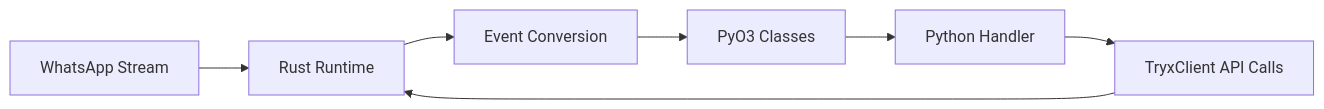
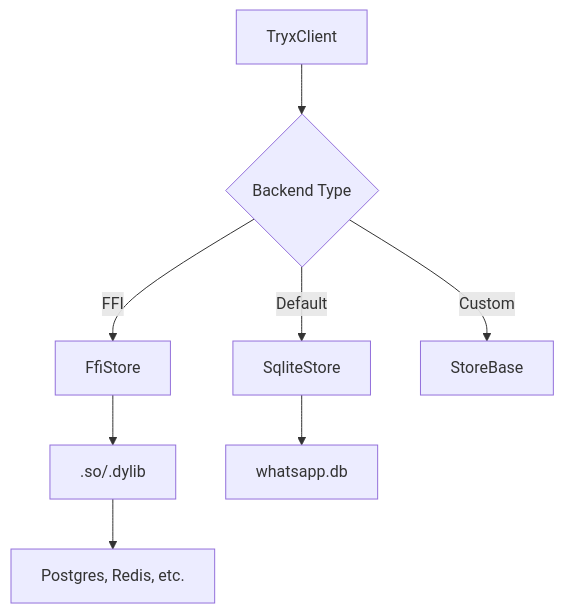
One commit to krypton-byte/tryx changed the third of 3 diagrams in docs/core-concepts/architecture.md. Above: the diagram before and after it, drawn with Mermaid. The commit also changed other lines of this file and 16 other files, not shown here.

````diff
--- a/docs/core-concepts/architecture.md
+++ b/docs/core-concepts/architecture.md
@@ -55,9 +112,10 @@
 ```mermaid
-flowchart LR
-    A[WhatsApp Stream] --> B[Rust Runtime]
-    B --> C[Event Conversion]
-    C --> D[PyO3 Classes]
-    D --> E[Python Handler]
-    E --> F[TryxClient API Calls]
-    F --> B
+graph TD
+    A[TryxClient] --> B{Backend Type}
+    B -->|Default| C[SqliteStore]
+    B -->|FFI| D[FfiStore]
+    B -->|Custom| E[StoreBase]
+    D --> F[.so/.dylib]
+    F --> G[Postgres, Redis, etc.]
+    C --> H[whatsapp.db]
 ```
````
